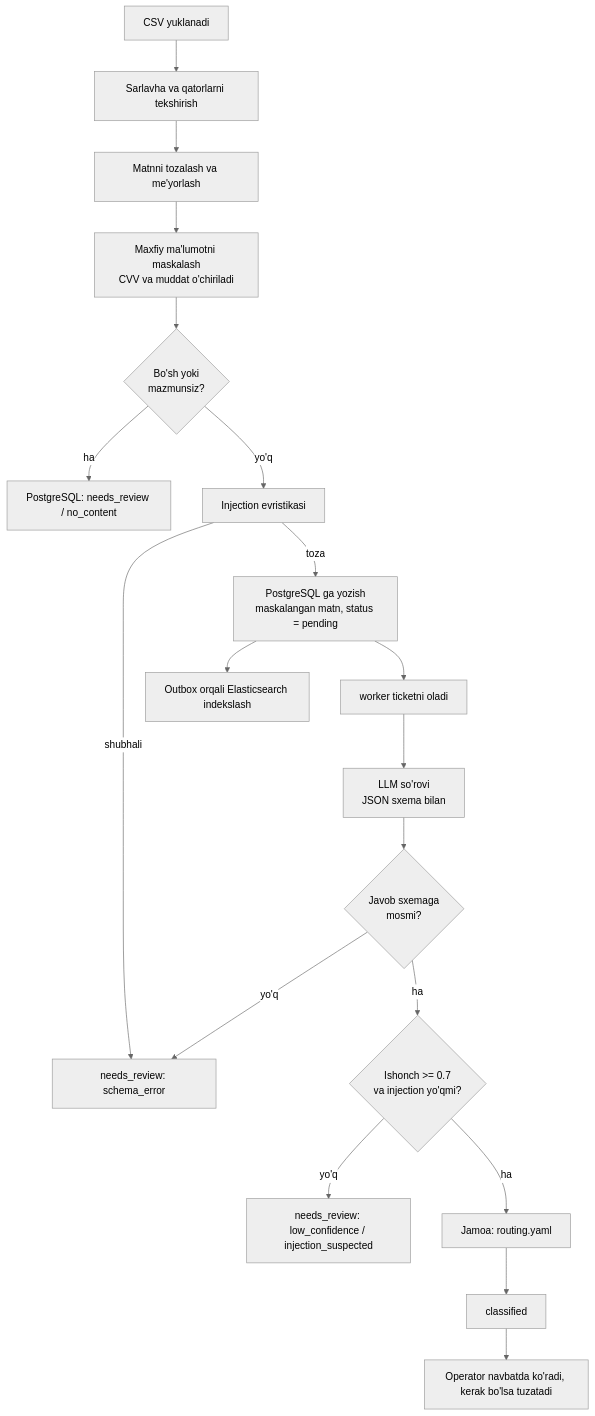
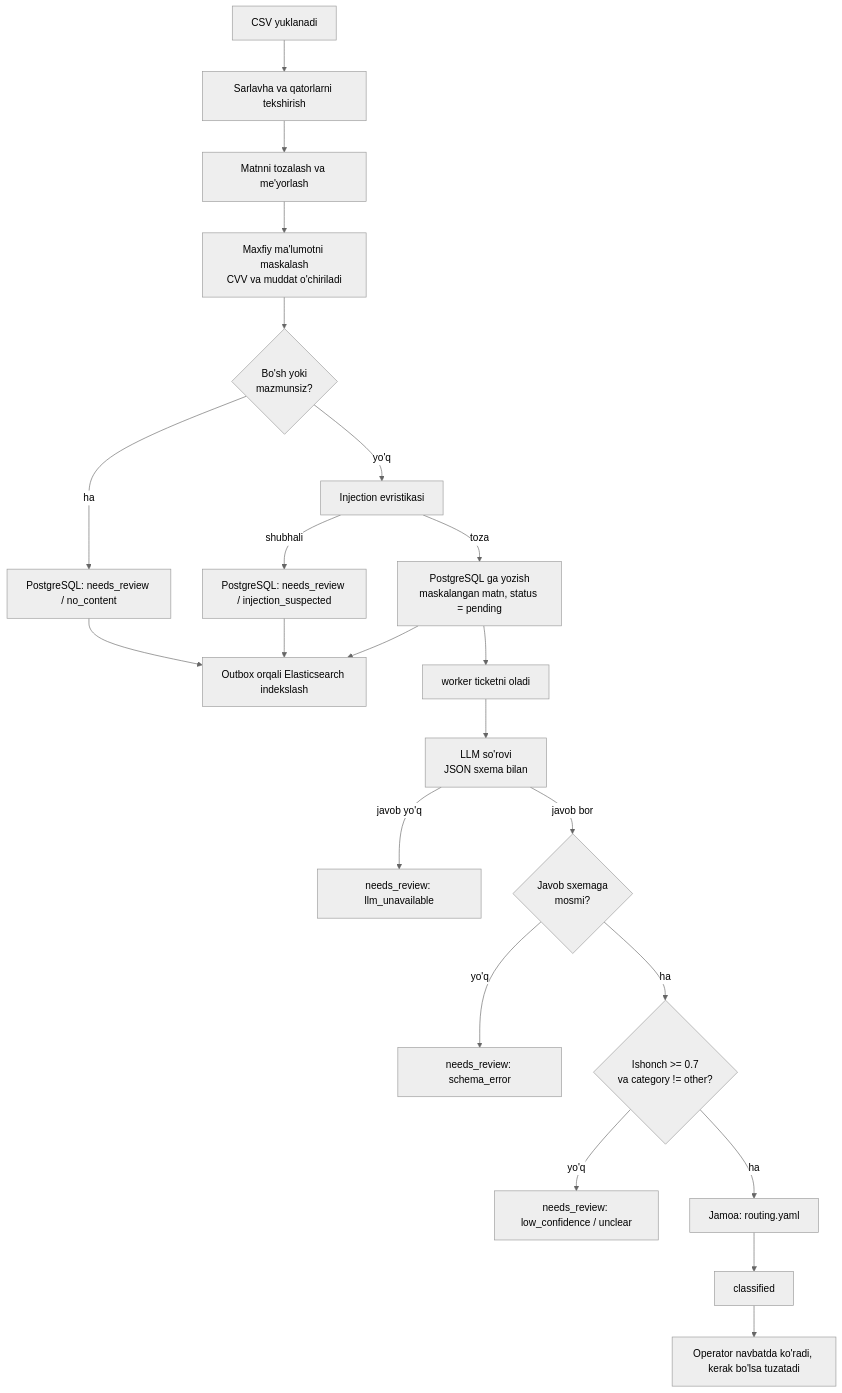
Before and after one commit to super-mario-4/ticketlens-assignment: the second of 2 diagrams in docs/TRD.md, drawn with Mermaid (neutral theme). The commit also changed other lines of this file and 11 other files, not shown here.

````diff
--- a/docs/TRD.md
+++ b/docs/TRD.md
@@ -73,21 +72,24 @@
 ```mermaid
 flowchart TD
     A["CSV yuklanadi"] --> B["Sarlavha va qatorlarni tekshirish"]
     B --> C["Matnni tozalash va me'yorlash"]
     C --> D["Maxfiy ma'lumotni maskalash<br/>CVV va muddat o'chiriladi"]
     D --> E{"Bo'sh yoki<br/>mazmunsiz?"}
     E -- ha --> R1["PostgreSQL: needs_review / no_content"]
     E -- yo'q --> F["Injection evristikasi"]
     F -- shubhali --> R2["PostgreSQL: needs_review / injection_suspected"]
     F -- toza --> G["PostgreSQL ga yozish<br/>maskalangan matn, status = pending"]
     G --> H["Outbox orqali Elasticsearch indekslash"]
+    R1 --> H
+    R2 --> H
     G --> W["worker ticketni oladi"]
     W --> L["LLM so'rovi<br/>JSON sxema bilan"]
-    L --> V{"Javob sxemaga<br/>mosmi?"}
-    V -- yo'q --> R2["needs_review: schema_error"]
-    V -- ha --> T{"Ishonch >= 0.7<br/>va injection yo'qmi?"}
-    T -- yo'q --> R3["needs_review: low_confidence / injection_suspected"]
+    L -- javob yo'q --> R5["needs_review: llm_unavailable"]
+    L -- javob bor --> V{"Javob sxemaga<br/>mosmi?"}
+    V -- yo'q --> R4["needs_review: schema_error"]
+    V -- ha --> T{"Ishonch >= 0.7<br/>va category != other?"}
+    T -- yo'q --> R3["needs_review: low_confidence / unclear"]
     T -- ha --> M["Jamoa: routing.yaml"]
     M --> S["classified"]
     S --> O["Operator navbatda ko'radi, kerak bo'lsa tuzatadi"]
 ```
````
